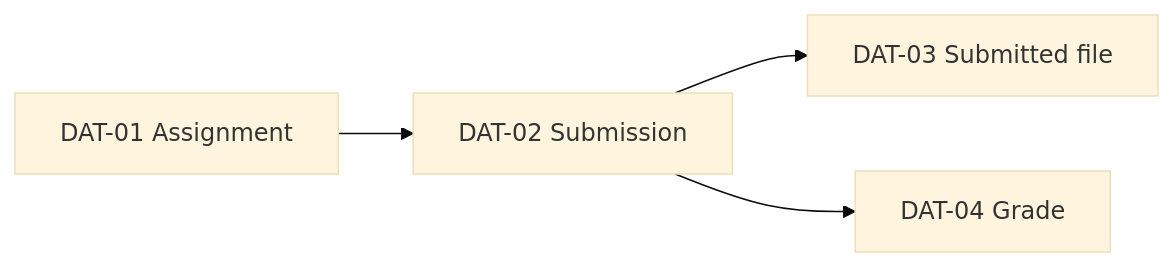
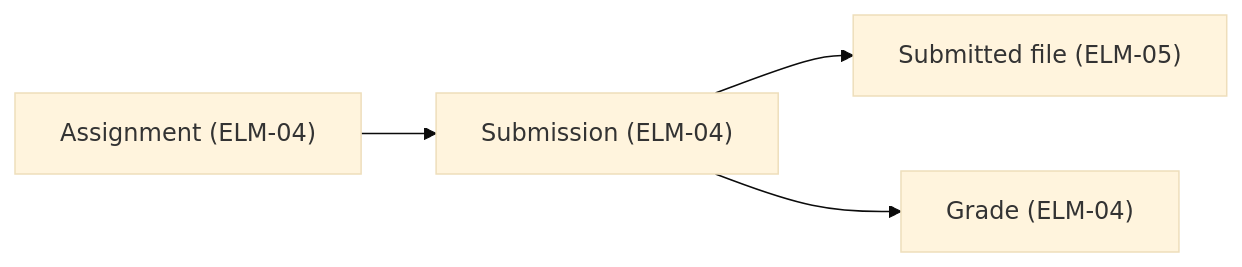
Before and after one commit to Taro000/chain-summary-html: the fifth of 5 diagrams in skills/design-summary-html/evals/homework-service-full-en/files/docs/design/2-architecture.md, drawn with Mermaid (base theme). The commit also changed other lines of this file and 1073 other files, not shown here.

````diff
--- a/skills/design-summary-html/evals/homework-service-full-en/files/docs/design/2-architecture.md
+++ b/skills/design-summary-html/evals/homework-service-full-en/files/docs/design/2-architecture.md
@@ -133,6 +135,6 @@
 ```mermaid
 flowchart LR
-  a["DAT-01 Assignment"] --> s["DAT-02 Submission"]
-  s --> f["DAT-03 Submitted file"]
-  s --> g["DAT-04 Grade"]
+  a["Assignment (ELM-04)"] --> s["Submission (ELM-04)"]
+  s --> f["Submitted file (ELM-05)"]
+  s --> g["Grade (ELM-04)"]
 ```
````
